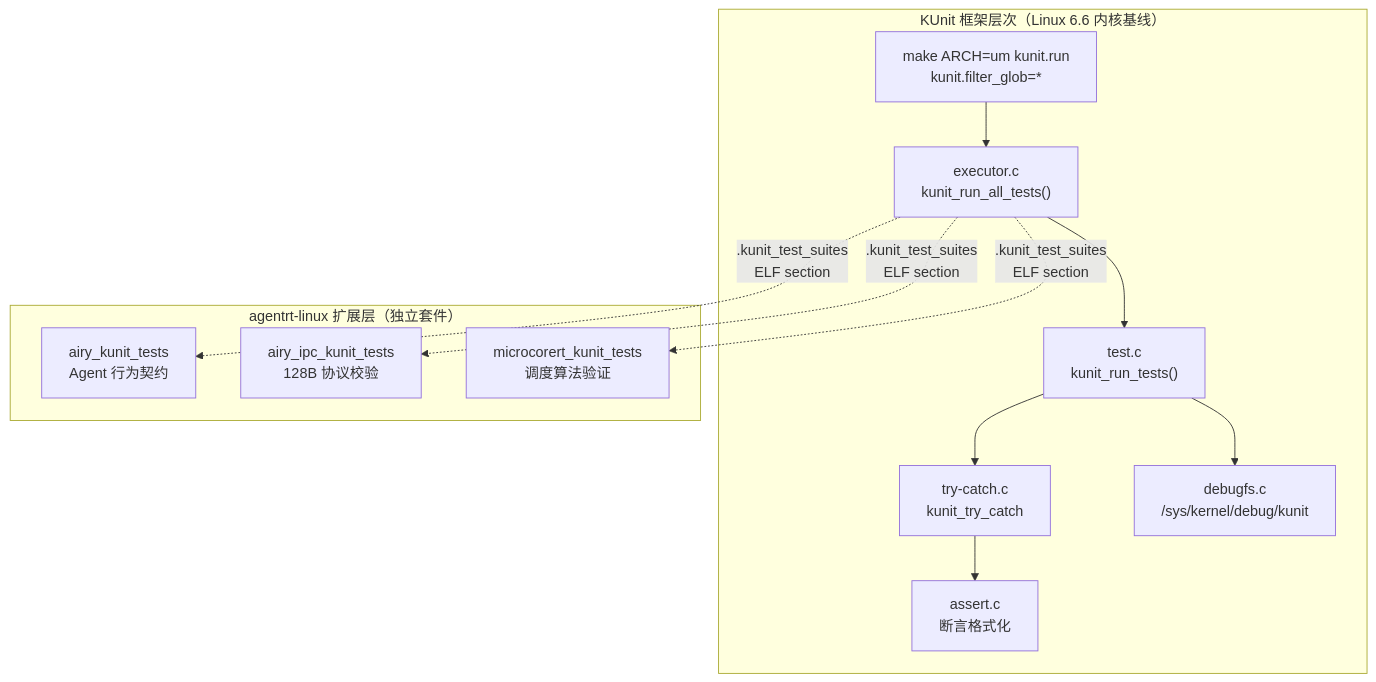
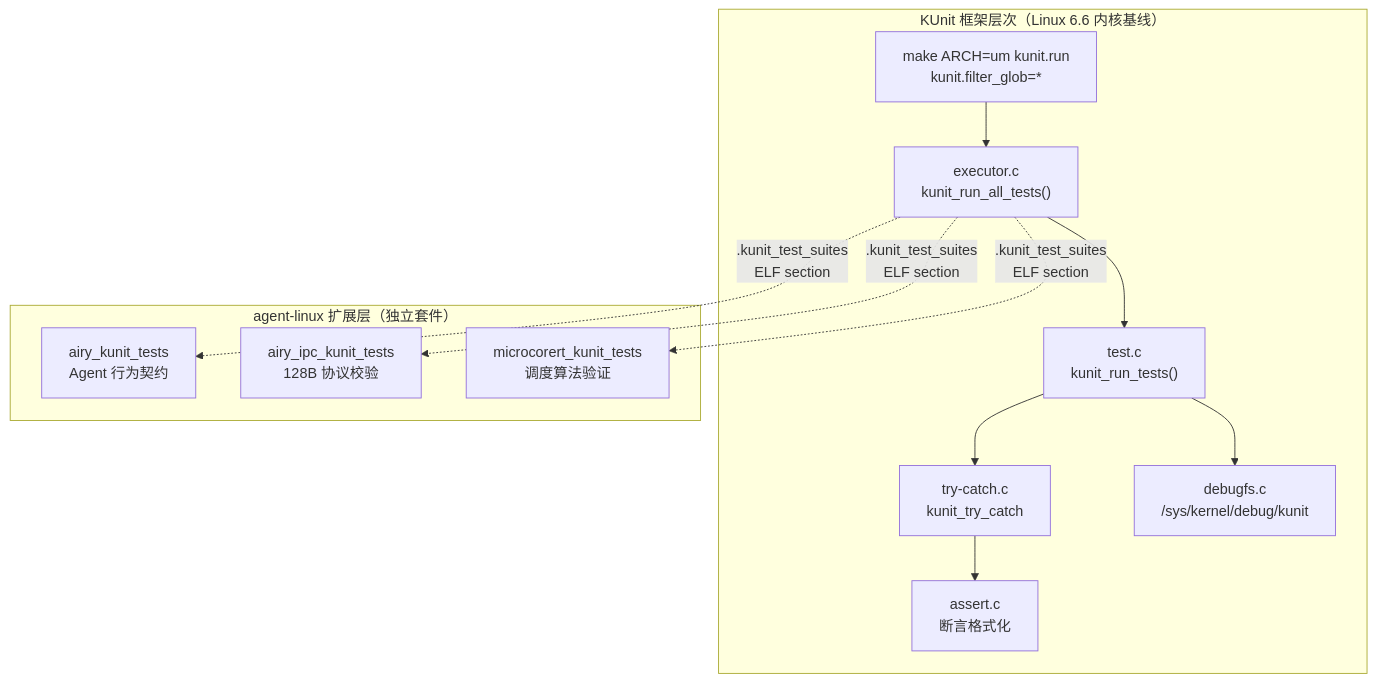
The first of 4 diagrams in 80-testing/01-kunit-framework.md (openairymax/docs-linux), drawn with Mermaid before and after one commit. The commit also changed other lines of this file and 172 other files, not shown here.

Commit message:
docs: rename agentrt-linux to agent-linux across docs v0.1.3 双工程结构：agentrt-linux 改名 agent-linux。docs 全仓 186 个 文件中的 agentrt-linux 引用统一为 agent-linux（AirymaxOS 工程名/ URL/路径引用；commit hash 与历史不变）。

````diff
--- a/80-testing/01-kunit-framework.md
+++ b/80-testing/01-kunit-framework.md
@@ -43,21 +43,21 @@
 ```mermaid
 flowchart TB
     subgraph "KUnit 框架层次（Linux 6.6 内核基线）"
         A["make ARCH=um kunit.run<br/>kunit.filter_glob=*"]
         B["executor.c<br/>kunit_run_all_tests()"]
         C["test.c<br/>kunit_run_tests()"]
         D["try-catch.c<br/>kunit_try_catch"]
         E["assert.c<br/>断言格式化"]
         F["debugfs.c<br/>/sys/kernel/debug/kunit"]
     end
     A --> B --> C --> D --> E
     C --> F
-    subgraph "agentrt-linux 扩展层（独立套件）"
+    subgraph "agent-linux 扩展层（独立套件）"
         H["airy_kunit_tests<br/>Agent 行为契约"]
         I["airy_ipc_kunit_tests<br/>128B 协议校验"]
         J["microcorert_kunit_tests<br/>调度算法验证"]
     end
     B -.->|.kunit_test_suites<br/>ELF section| H
     B -.->|.kunit_test_suites<br/>ELF section| I
     B -.->|.kunit_test_suites<br/>ELF section| J
 ```
````
